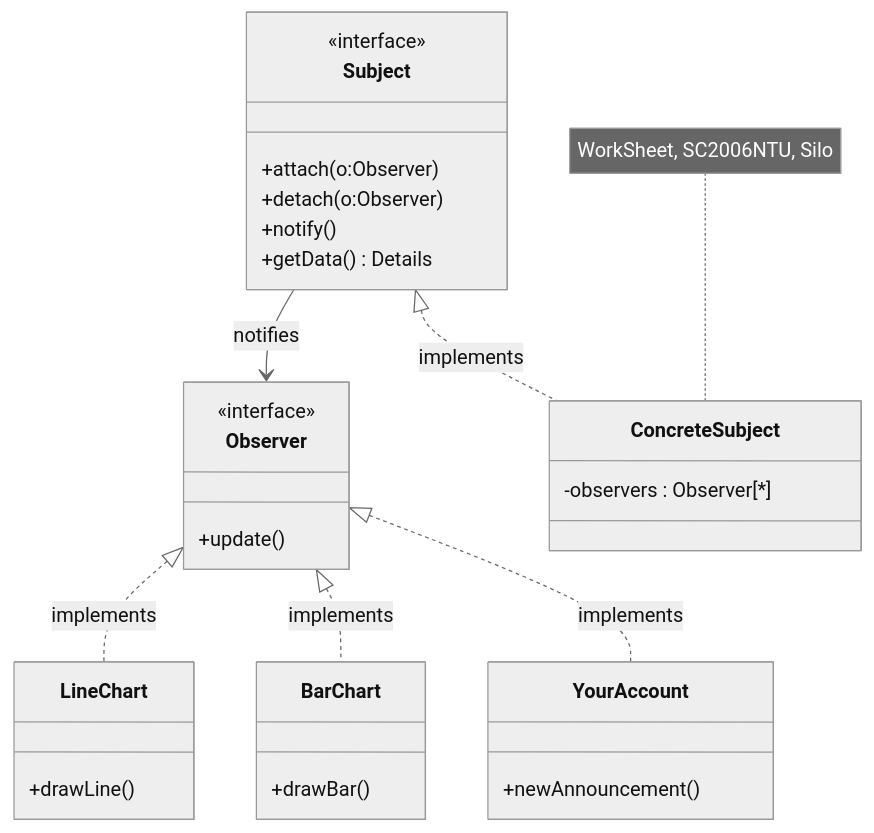
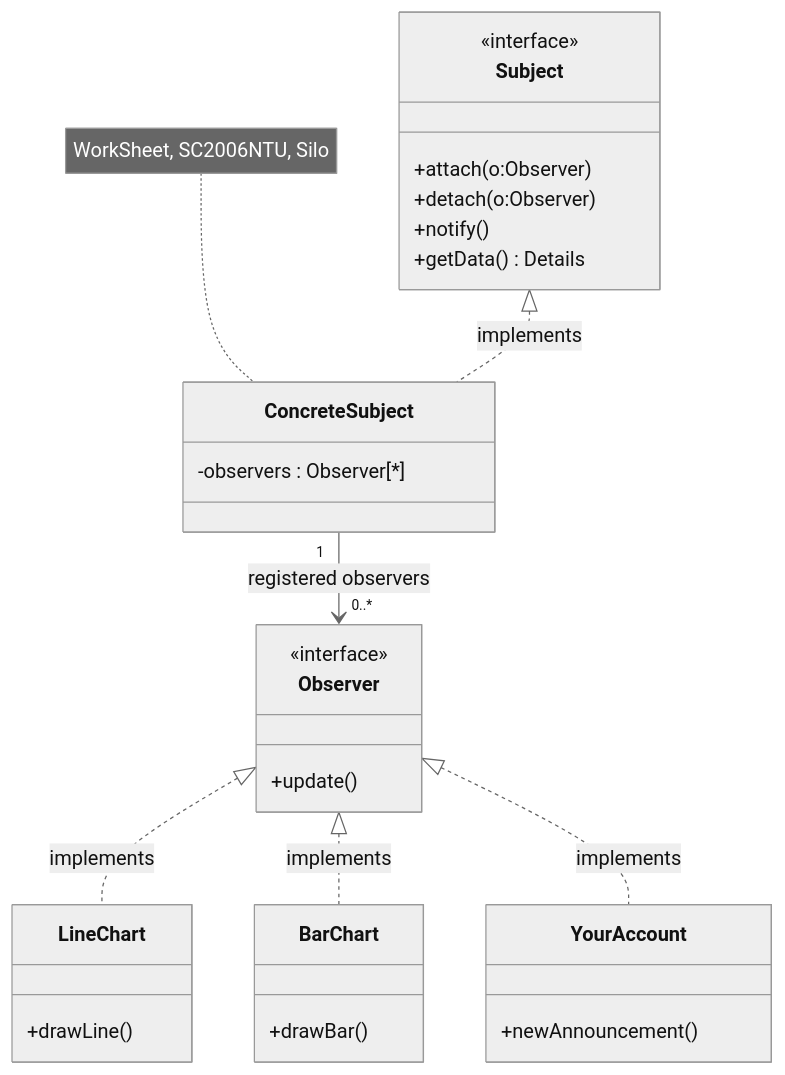
One commit to lekekbot/ntu-cs changed diagram 20 of 41 in sc2006/SC2006_Study_Guide.md. Above: the diagram before and after it, drawn with Mermaid (neutral theme). The commit also changed other lines of this file, not shown here.

````diff
--- a/sc2006/SC2006_Study_Guide.md
+++ b/sc2006/SC2006_Study_Guide.md
@@ -1428,32 +1421,32 @@
 ```mermaid
 classDiagram
     class Subject {
         <<interface>>
         +attach(o:Observer)
         +detach(o:Observer)
         +notify()
         +getData() Details
     }
     class Observer {
         <<interface>>
         +update()
     }
     class ConcreteSubject {
         -observers : Observer[*]
     }
     class LineChart {
         +drawLine()
     }
     class BarChart {
         +drawBar()
     }
     class YourAccount {
         +newAnnouncement()
     }
     Subject <|.. ConcreteSubject : implements
     Observer <|.. LineChart : implements
     Observer <|.. BarChart : implements
     Observer <|.. YourAccount : implements
-    Subject --> Observer : notifies
+    ConcreteSubject "1" --> "0..*" Observer : registered observers
     note for ConcreteSubject "WorkSheet, SC2006NTU, Silo"
 ```
````
